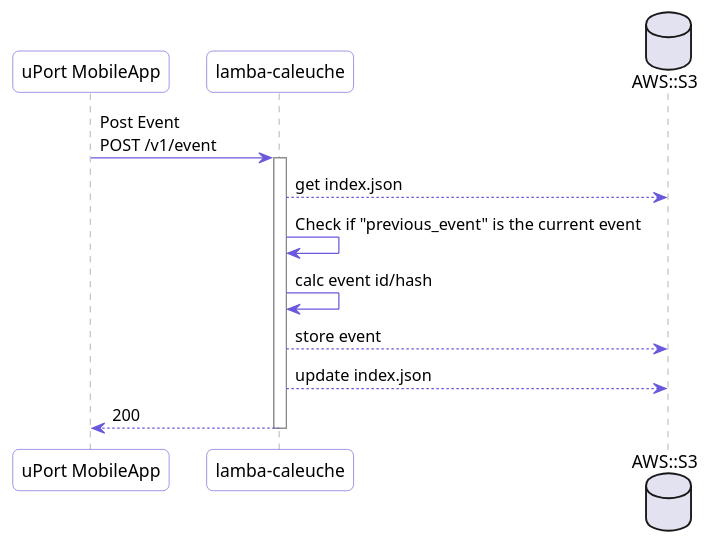
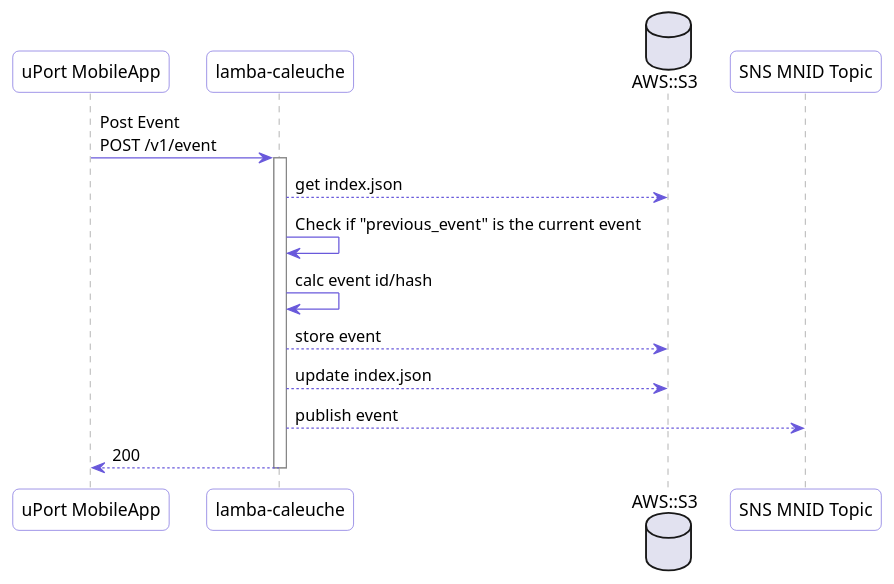
Before and after one commit to uport-project/lambda-caleuche: the diagram in diagrams/puml/v1.event_post.seq.puml, drawn with PlantUML. The commit also changed 1 other file, not shown here.

Commit message:
event_post

```diff
--- a/diagrams/puml/v1.event_post.seq.puml
+++ b/diagrams/puml/v1.event_post.seq.puml
@@ -1,49 +1,51 @@
 @startuml v1.event_post.seq
 skinparam roundcorner 10
 skinparam BoxPadding 10
 skinparam headerFontColor #6959DB
 skinparam headerFontSize 18
 skinparam sequence {
   ArrowColor #6959DB
   GroupBackgroundColor #6959DB
   GroupBorderColor #EDECFF
   GroupHeaderFontColor #ffffff
   BoxBorderColor #6959DB
   BoxBackgroundColor #EDECFF
   BoxPadding 10
 
   ParticipantBorderColor #6959DB
   ParticipantBackgroundColor #ffffff
   ParticipantPadding 10
 
   ActorBorderColor #6959DB
   ActorBackgroundColor #ffffff
   EntityBorderColor #6959DB
   EntityBackgroundColor #ffffff
   DatabaseBorderColor #6959DB
   DatabaseBackgroundColor #ffffff
 
   LifeLineBorderColor #878787
 }
 
 
 
 participant "uPort MobileApp" as uPortMobileApp
 participant "lamba-caleuche" as lambda
 database "AWS::S3" as S3
+participant "SNS MNID Topic" as SNS
 
 uPortMobileApp -> lambda: Post Event\nPOST /v1/event
 activate lambda
 lambda --> S3: get index.json
 lambda -> lambda: Check if "previous_event" is the current event
 lambda -> lambda: calc event id/hash
 lambda --> S3: store event
 lambda --> S3: update index.json
+lambda --> SNS: publish event
 
 lambda --> uPortMobileApp: 200
 deactivate lambda
 
 
 
 
 @enduml
```
